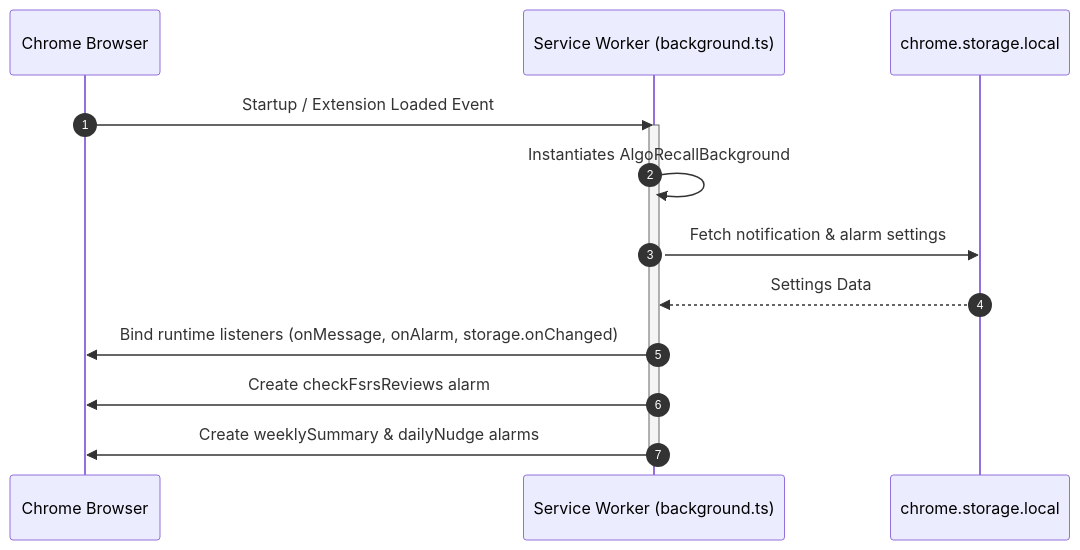
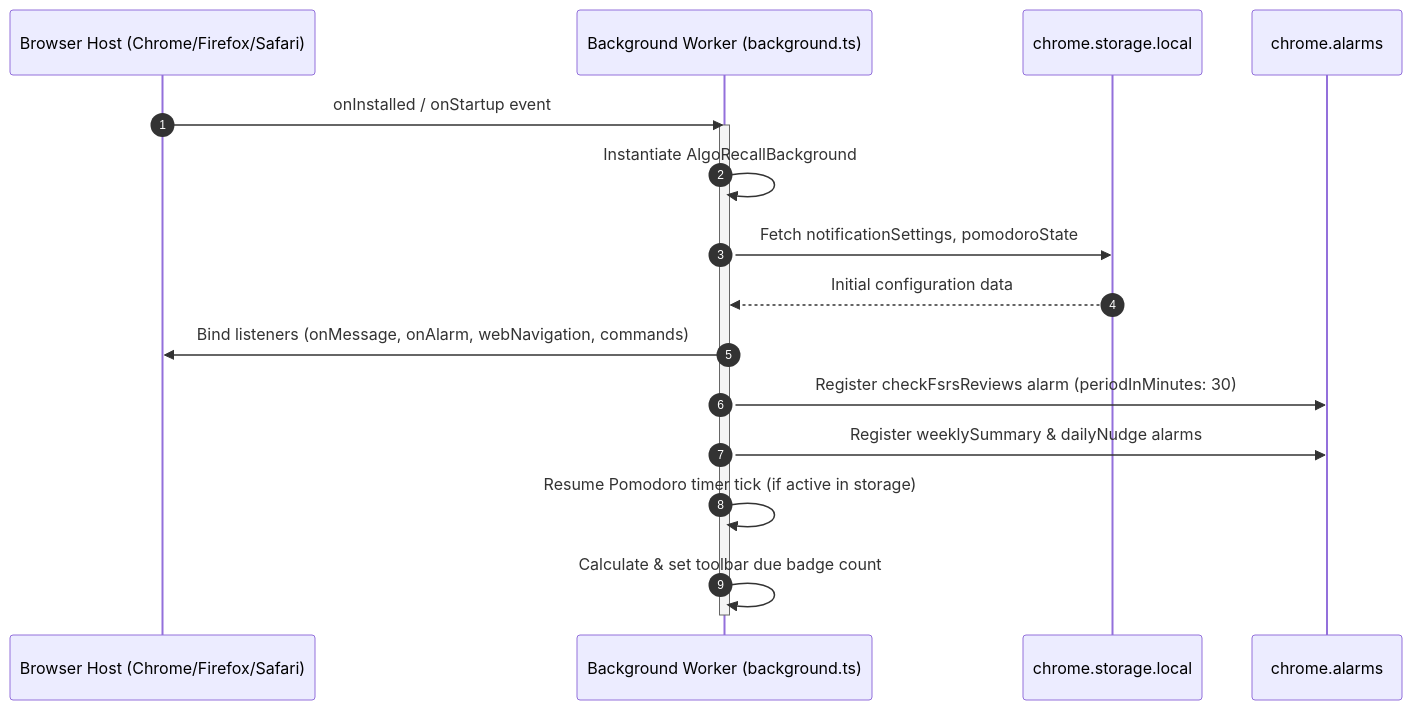
Before and after one commit to sdeanmol/algomonster-fsrs-extension: the second of 2 diagrams in docs/architecture/overview.md, drawn with Mermaid. The commit also changed other lines of this file and 4 other files, not shown here.

Commit message:
docs: update architecture and feature documentation files

````diff
--- a/docs/architecture/overview.md
+++ b/docs/architecture/overview.md
@@ -65,17 +196,20 @@
 ```mermaid
 sequenceDiagram
     autonumber
-    participant Chrome as Chrome Browser
-    participant SW as Service Worker (background.ts)
+    participant Browser as Browser Host (Chrome/Firefox/Safari)
+    participant BG as Background Worker (background.ts)
     participant ST as chrome.storage.local
+    participant AL as chrome.alarms
 
-    Chrome->>SW: Startup / Extension Loaded Event
-    activate SW
-    SW->>SW: Instantiates AlgoRecallBackground
-    SW->>ST: Fetch notification & alarm settings
-    ST-->>SW: Settings Data
-    SW->>Chrome: Bind runtime listeners (onMessage, onAlarm, storage.onChanged)
-    SW->>Chrome: Create checkFsrsReviews alarm
-    SW->>Chrome: Create weeklySummary & dailyNudge alarms
-    deactivate SW
+    Browser->>BG: onInstalled / onStartup event
+    activate BG
+    BG->>BG: Instantiate AlgoRecallBackground
+    BG->>ST: Fetch notificationSettings, pomodoroState
+    ST-->>BG: Initial configuration data
+    BG->>Browser: Bind listeners (onMessage, onAlarm, webNavigation, commands)
+    BG->>AL: Register checkFsrsReviews alarm (periodInMinutes: 30)
+    BG->>AL: Register weeklySummary & dailyNudge alarms
+    BG->>BG: Resume Pomodoro timer tick (if active in storage)
+    BG->>BG: Calculate & set toolbar due badge count
+    deactivate BG
 ```
````
